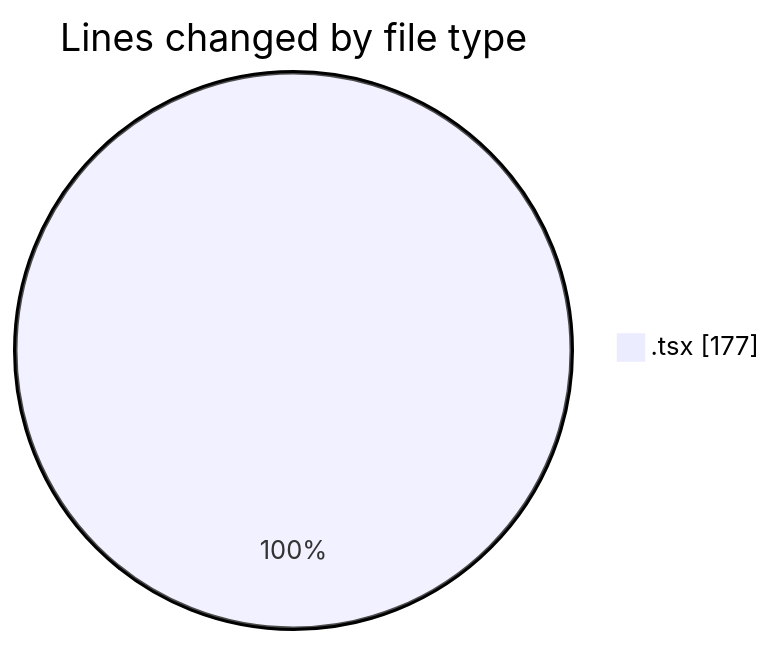
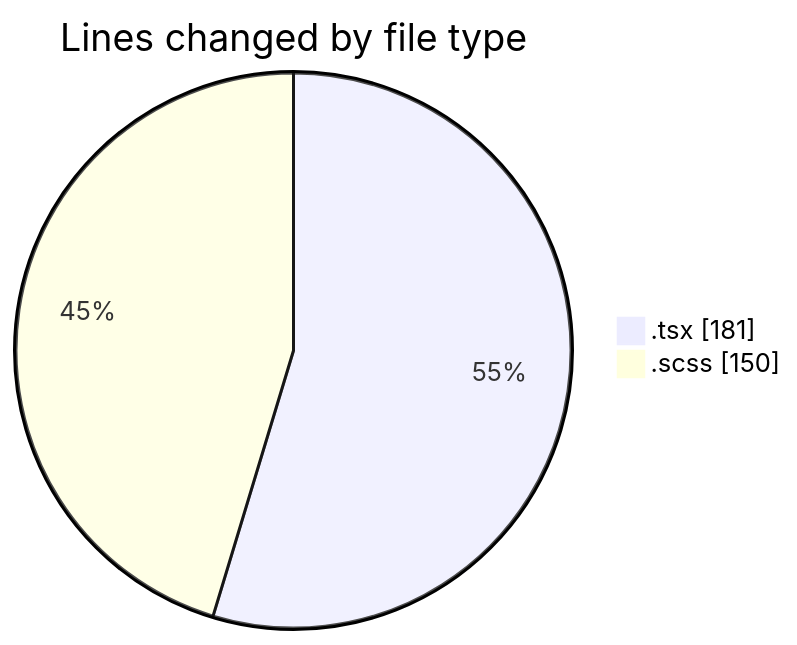
Before and after one commit to momahboobian/code-tracking: the first of 2 diagrams in 2025-09-16/cda/README.md, drawn with Mermaid. The commit also changed other lines of this file and 1 other file, not shown here.

````diff
--- a/2025-09-16/cda/README.md
+++ b/2025-09-16/cda/README.md
@@ -21,5 +22,6 @@
 ```mermaid
 pie showData
 title Lines changed by file type
-".tsx" : 177
+".tsx" : 181
+".scss" : 150
 ```
````
